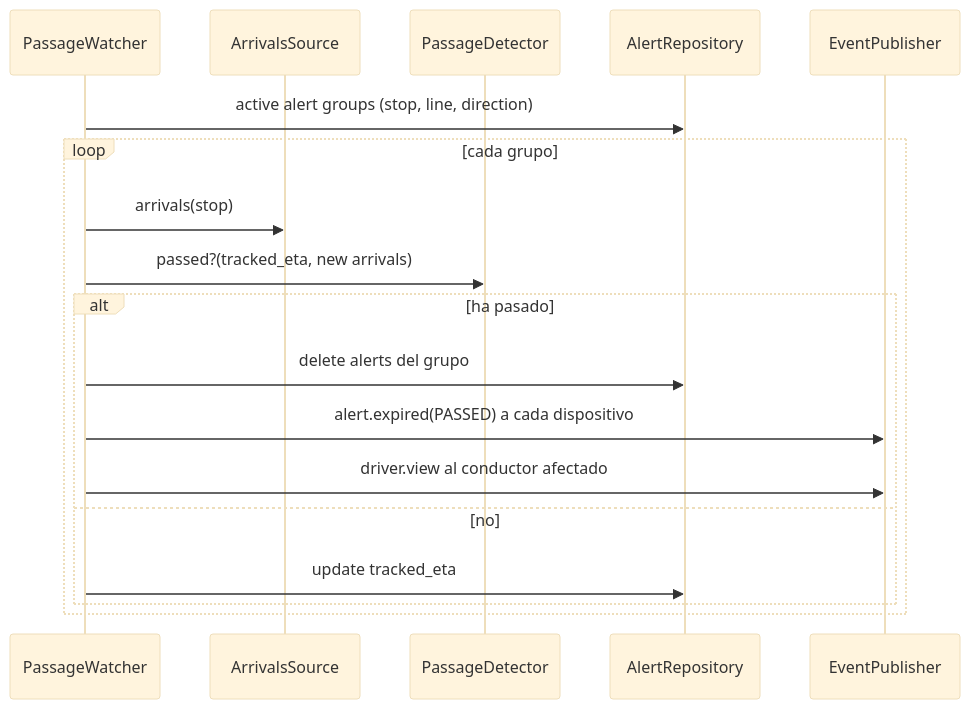
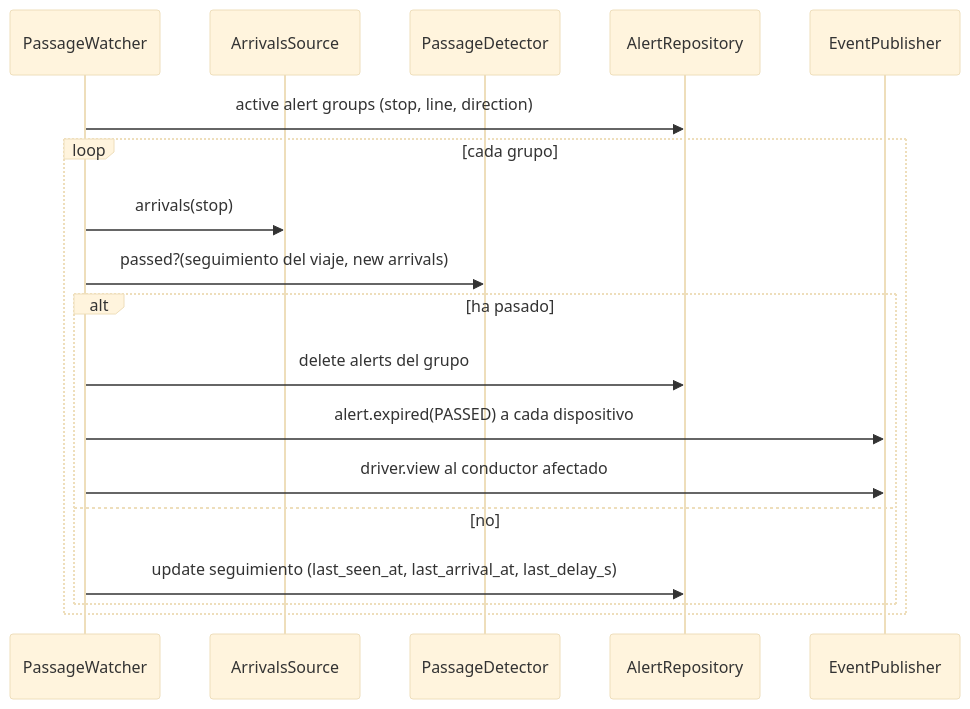
Before and after one commit to yeddar/avisabus: the fifth of 5 diagrams in docs/architecture.md, drawn with Mermaid (base theme). The commit also changed other lines of this file and 24 other files, not shown here.

````diff
--- a/docs/architecture.md
+++ b/docs/architecture.md
@@ -236,20 +239,20 @@
 ```mermaid
 sequenceDiagram
   participant W as PassageWatcher
   participant SRC as ArrivalsSource
   participant PD as PassageDetector
   participant REPO as AlertRepository
   participant EV as EventPublisher
   W->>REPO: active alert groups (stop, line, direction)
   loop cada grupo
     W->>SRC: arrivals(stop)
-    W->>PD: passed?(tracked_eta, new arrivals)
+    W->>PD: passed?(seguimiento del viaje, new arrivals)
     alt ha pasado
       W->>REPO: delete alerts del grupo
       W->>EV: alert.expired(PASSED) a cada dispositivo
       W->>EV: driver.view al conductor afectado
     else no
-      W->>REPO: update tracked_eta
+      W->>REPO: update seguimiento (last_seen_at, last_arrival_at, last_delay_s)
     end
   end
 ```
````
